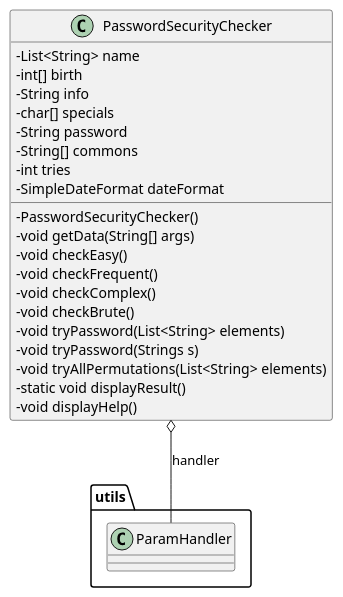
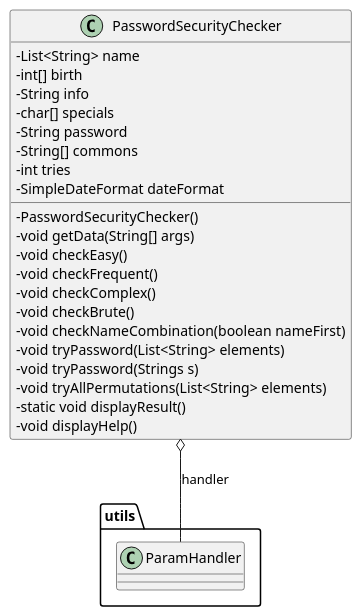
The diagram in Documenti/PasswordSecurityChecker.puml (ErikPelloni/PasswordSecurityChecker), drawn with PlantUML before and after one commit. The commit also changed 2 other files, not shown here.

Commit message:
aggiunto check substring nome cognome e anno di nascita

```diff
--- a/Documenti/PasswordSecurityChecker.puml
+++ b/Documenti/PasswordSecurityChecker.puml
@@ -1,28 +1,29 @@
 @startuml "PasswordSecurityChecker"
 skinparam classAttributeIconSize 0
 class PasswordSecurityChecker{
     - List<String> name
     - int[] birth
     - String info
     - char[] specials
     - String password
     - String[] commons
     - int tries
     - SimpleDateFormat dateFormat
     - PasswordSecurityChecker()
     - void getData(String[] args)
     - void checkEasy()
     - void checkFrequent()
     - void checkComplex()
     - void checkBrute()
+    - void checkNameCombination(boolean nameFirst)
     - void tryPassword(List<String> elements)
     - void tryPassword(Strings s)
     - void tryAllPermutations(List<String> elements)
     - static void displayResult()
     - void displayHelp()
 }
 
 class utils.ParamHandler
 
 PasswordSecurityChecker o-- utils.ParamHandler : handler
 @enduml
```
